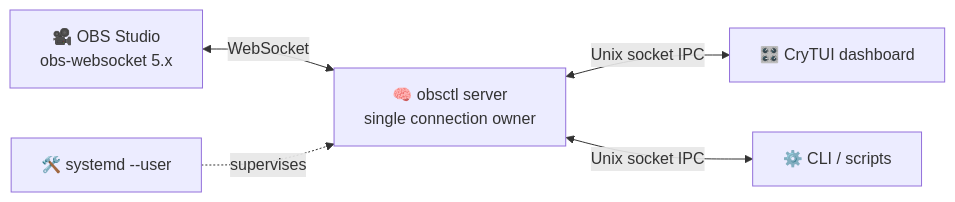
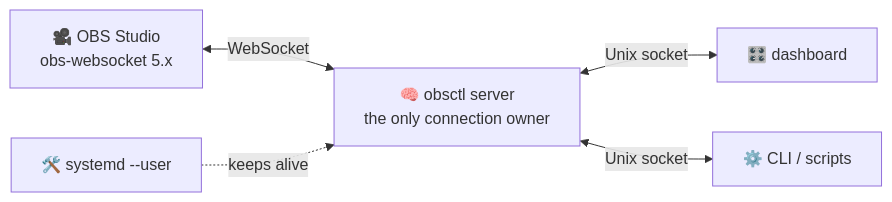
One commit to worxbend/obsctl changed the diagram in README.md. Above: the diagram before and after it, drawn with Mermaid. The commit also changed other lines of this file and 43 other files, not shown here.

````diff
--- a/README.md
+++ b/README.md
@@ -360,13 +499,13 @@
 ```mermaid
 flowchart LR
     OBS["🎥 OBS Studio<br/>obs-websocket 5.x"]
-    D["🧠 obsctl server<br/>single connection owner"]
-    T["🎛️ CryTUI dashboard"]
+    D["🧠 obsctl server<br/>the only connection owner"]
+    T["🎛️ dashboard"]
     C["⚙️ CLI / scripts"]
     S["🛠️ systemd --user"]
 
     OBS <-->|WebSocket| D
-    D <-->|Unix socket IPC| T
-    D <-->|Unix socket IPC| C
-    S -. supervises .-> D
+    D <-->|Unix socket| T
+    D <-->|Unix socket| C
+    S -. keeps alive .-> D
 ```
````
